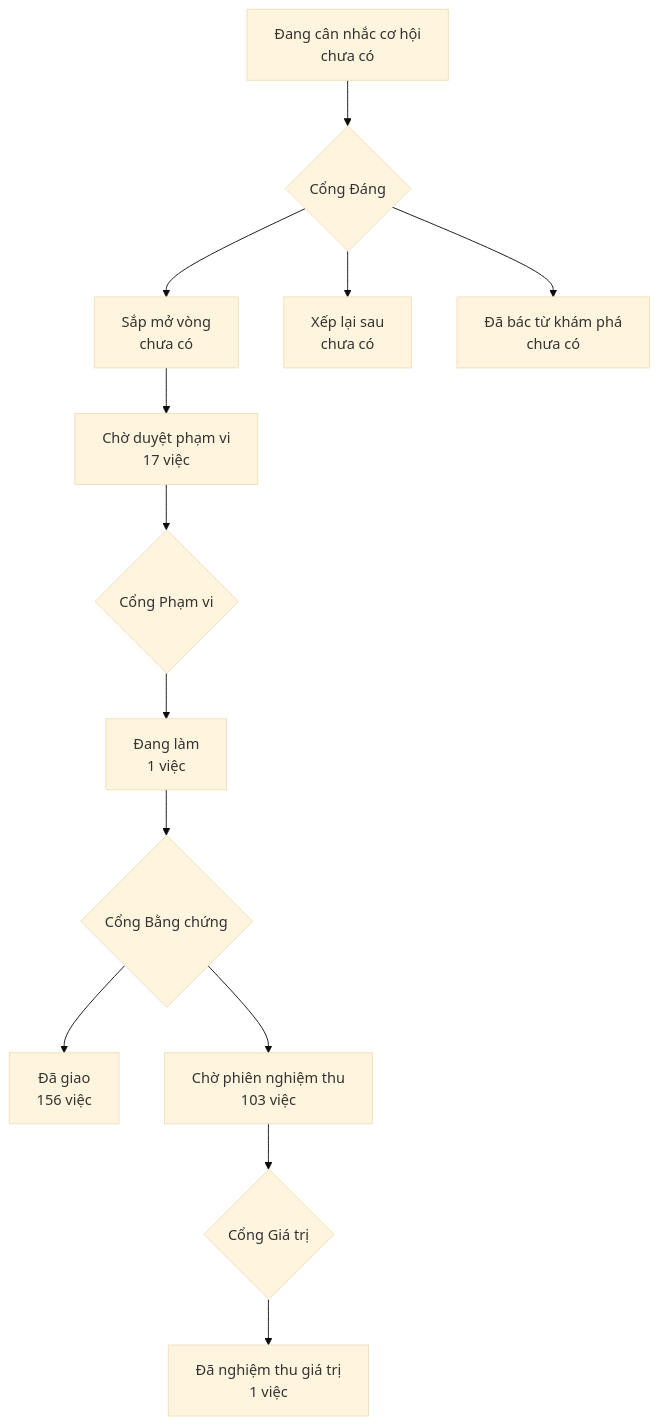
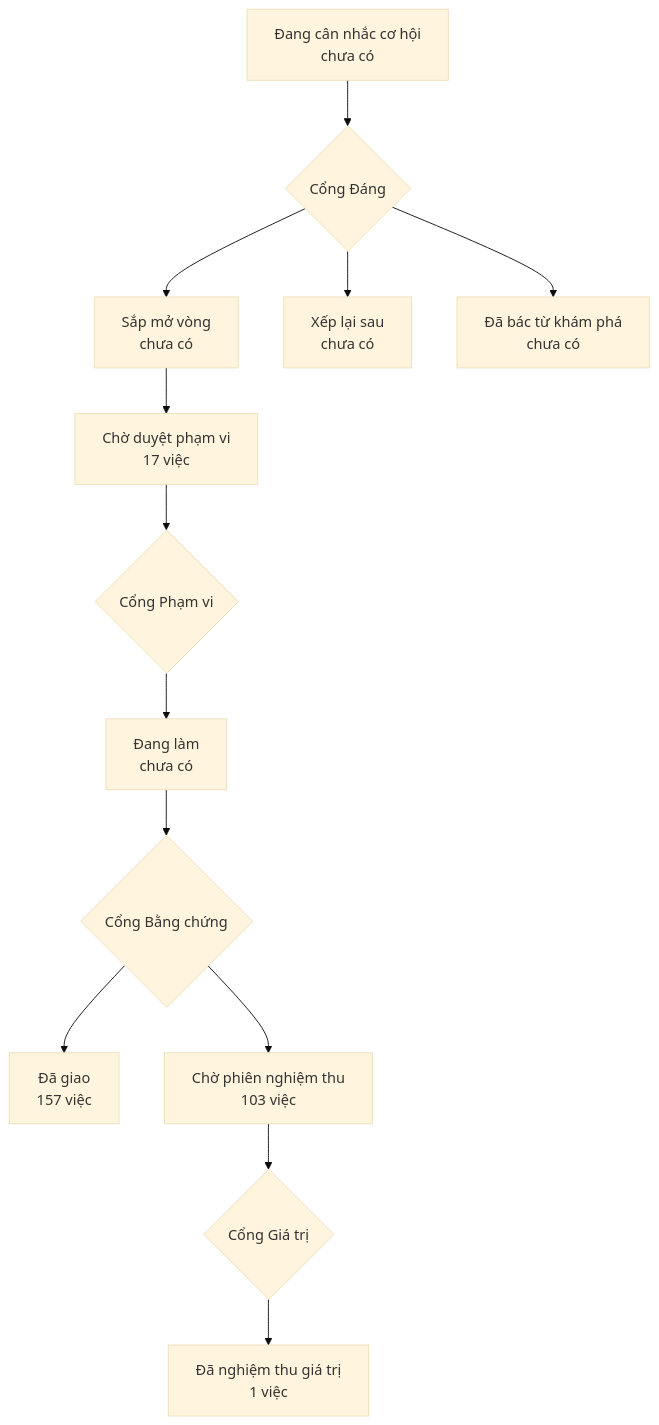
Before and after one commit to phanlemanh/onehub-invest: the diagram in PRODUCT-MAP.md, drawn with Mermaid (base theme). The commit also changed other lines of this file and 4 other files, not shown here.

````diff
--- a/PRODUCT-MAP.md
+++ b/PRODUCT-MAP.md
@@ -7,12 +7,12 @@
 ```mermaid
 flowchart TD
   A["Đang cân nhắc cơ hội<br/>chưa có"] --> GD{"Cổng Đáng"}
   GD --> B["Sắp mở vòng<br/>chưa có"]
   GD --> XL["Xếp lại sau<br/>chưa có"]
   GD --> DB["Đã bác từ khám phá<br/>chưa có"]
   B --> CD["Chờ duyệt phạm vi<br/>17 việc"] --> GP{"Cổng Phạm vi"}
-  GP --> DL["Đang làm<br/>1 việc"] --> GB{"Cổng Bằng chứng"}
-  GB --> DG["Đã giao<br/>156 việc"]
+  GP --> DL["Đang làm<br/>chưa có"] --> GB{"Cổng Bằng chứng"}
+  GB --> DG["Đã giao<br/>157 việc"]
   GB --> CN["Chờ phiên nghiệm thu<br/>103 việc"] --> GG{"Cổng Giá trị"}
   GG --> NT["Đã nghiệm thu giá trị<br/>1 việc"]
 ```
````
